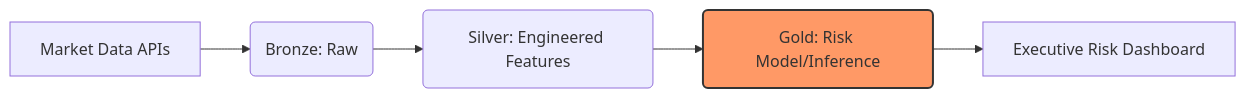
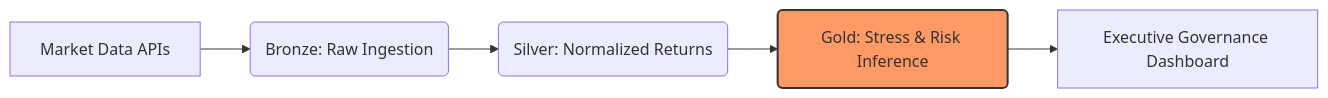
The first of 2 diagrams in README.md (vrrgithub1/stock-risk-engine), drawn with Mermaid before and after one commit. The commit also changed other lines of this file and 2 other files, not shown here.

````diff
--- a/README.md
+++ b/README.md
@@ -16,8 +18,8 @@
 ```mermaid
 graph LR
-    A[Market Data APIs] --> B(Bronze: Raw)
-    B --> C(Silver: Engineered Features)
-    C --> D(Gold: Risk Model/Inference)
-    D --> E[Executive Risk Dashboard]
+    A[Market Data APIs] --> B(Bronze: Raw Ingestion)
+    B --> C(Silver: Normalized Returns)
+    C --> D(Gold: Stress & Risk Inference)
+    D --> E[Executive Governance Dashboard]
     style D fill:#f96,stroke:#333,stroke-width:2px
 ```
````
